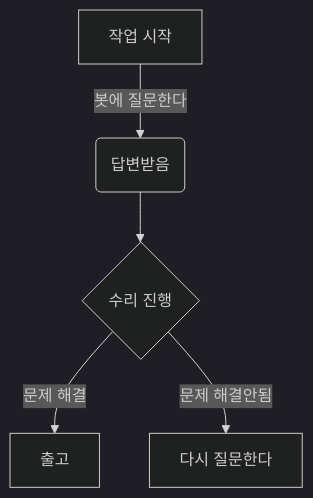
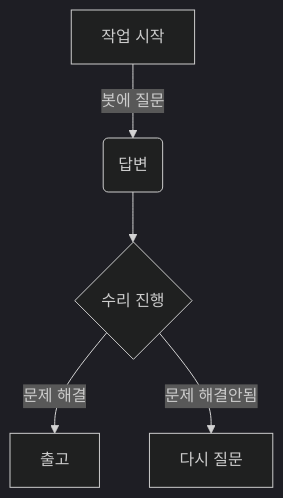
One commit to SungjaeS/auto_repair changed the fifth of 5 diagrams in README.md. Above: the diagram before and after it, drawn with Mermaid (dark theme). The commit also changed other lines of this file, not shown here.

````diff
--- a/README.md
+++ b/README.md
@@ -381,7 +381,7 @@
 ```mermaid
 		graph TD
-	    A[작업 시작] -->|봇에 질문한다| B(답변받음)
+	    A[작업 시작] -->|봇에 질문| B(답변)
 	    B --> C{수리 진행}
 	    C -->|문제 해결| D[출고]
-	    C -->|문제 해결안됨| F[다시 질문한다]
+	    C -->|문제 해결안됨| F[다시 질문]
 ```
````
